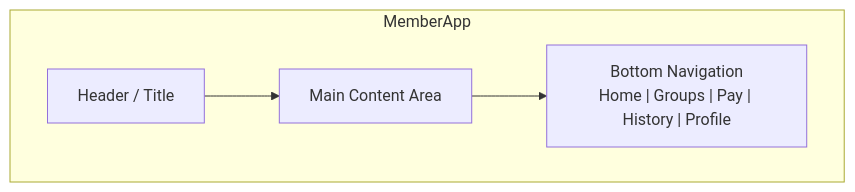
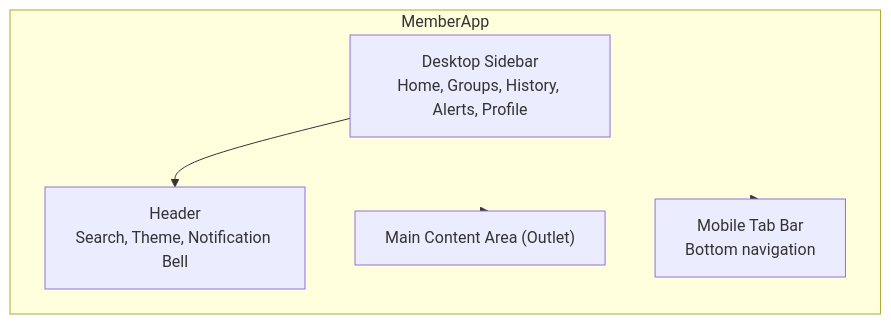
Before and after one commit to oyinlola-tech/kolo-nomba: the sixth of 7 diagrams in docs/frontend-architecture.md, drawn with Mermaid. The commit also changed other lines of this file and 7 other files, not shown here.

Commit message:
docs: rewrite demo-guide, update frontend-architecture, README, and all version references to match current codebase

````diff
--- a/docs/frontend-architecture.md
+++ b/docs/frontend-architecture.md
@@ -288,11 +362,13 @@
 ```mermaid
 flowchart TB
     subgraph MemberApp["MemberApp"]
-        Title["Header / Title"]
-        Main["Main Content Area"]
-        BottomNav["Bottom Navigation\nHome | Groups | Pay | History | Profile"]
+        Sidebar["Desktop Sidebar\nHome, Groups, History, Alerts, Profile"]
+        Header["Header\nSearch, Theme, Notification Bell"]
+        Content["Main Content Area (Outlet)"]
+        MobileNav["Mobile Tab Bar\nBottom navigation"]
     end
 
-    Title --> Main
-    Main --> BottomNav
+    Sidebar --> Header
+    MemberApp --> Content
+    MemberApp --> MobileNav
 ```
````
